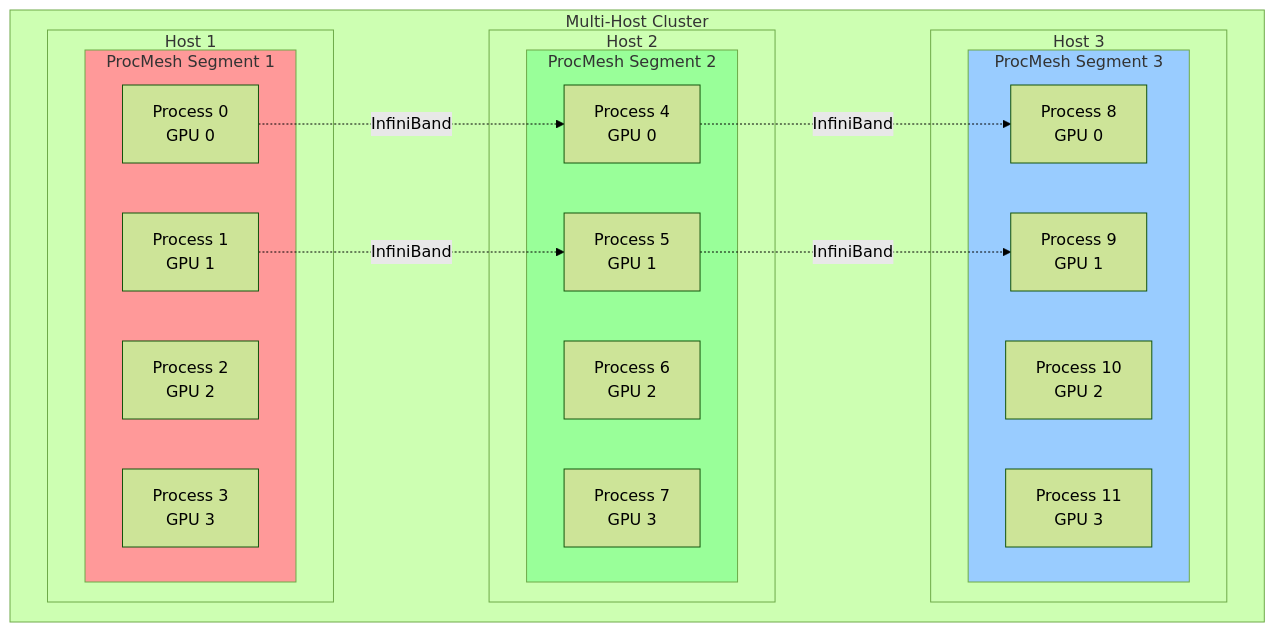
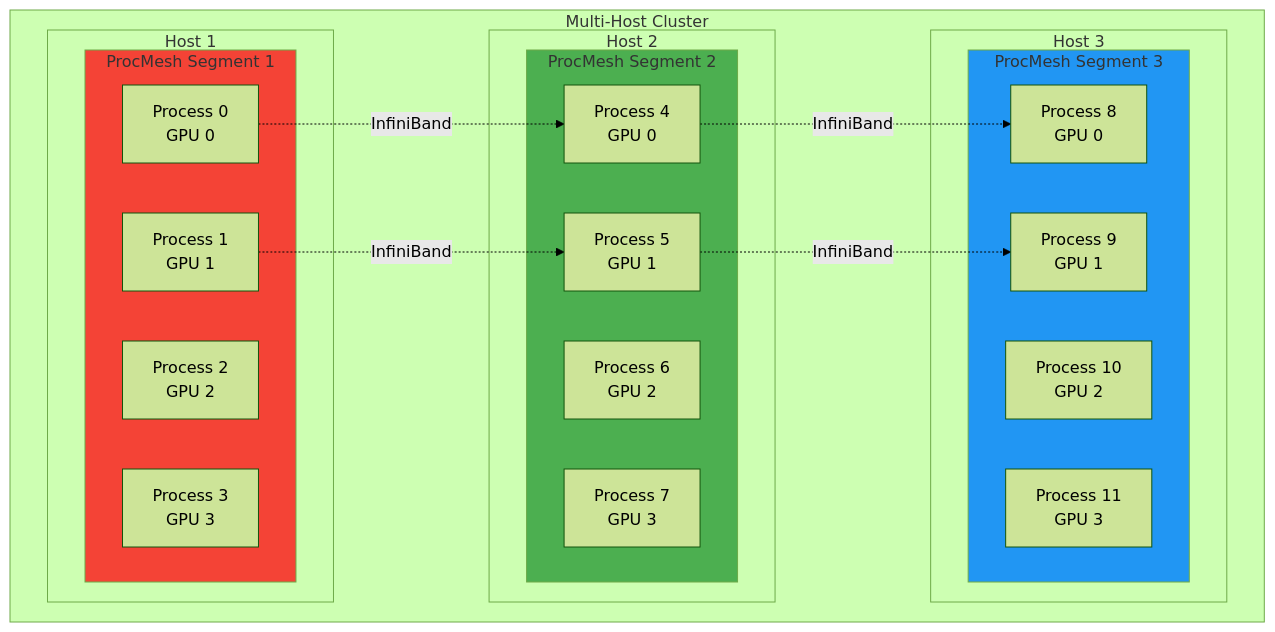
The third of 8 diagrams in docs/Tutorials/3_Monarch_101.MD (meta-pytorch/torchforge), drawn with Mermaid (forest theme) before and after one commit. The commit also changed other lines of this file and 2 other files, not shown here.

````diff
--- a/docs/Tutorials/3_Monarch_101.MD
+++ b/docs/Tutorials/3_Monarch_101.MD
@@ -89,40 +89,40 @@
 ```mermaid
 graph TD
     subgraph Cluster["Multi-Host Cluster"]
         subgraph Host1["Host 1"]
             subgraph PM1["ProcMesh Segment 1"]
                 H1P0["Process 0<br/>GPU 0"]
                 H1P1["Process 1<br/>GPU 1"]
                 H1P2["Process 2<br/>GPU 2"]
                 H1P3["Process 3<br/>GPU 3"]
             end
         end
 
         subgraph Host2["Host 2"]
             subgraph PM2["ProcMesh Segment 2"]
                 H2P0["Process 4<br/>GPU 0"]
                 H2P1["Process 5<br/>GPU 1"]
                 H2P2["Process 6<br/>GPU 2"]
                 H2P3["Process 7<br/>GPU 3"]
             end
         end
 
         subgraph Host3["Host 3"]
             subgraph PM3["ProcMesh Segment 3"]
                 H3P0["Process 8<br/>GPU 0"]
                 H3P1["Process 9<br/>GPU 1"]
                 H3P2["Process 10<br/>GPU 2"]
                 H3P3["Process 11<br/>GPU 3"]
             end
         end
     end
 
     H1P0 -.->|"InfiniBand"| H2P0
     H1P1 -.->|"InfiniBand"| H2P1
     H2P0 -.->|"InfiniBand"| H3P0
     H2P1 -.->|"InfiniBand"| H3P1
 
-    style PM1 fill:#ff9999
-    style PM2 fill:#99ff99
-    style PM3 fill:#99ccff
+    style PM1 fill:#F44336
+    style PM2 fill:#4CAF50
+    style PM3 fill:#2196F3
 ```
````
